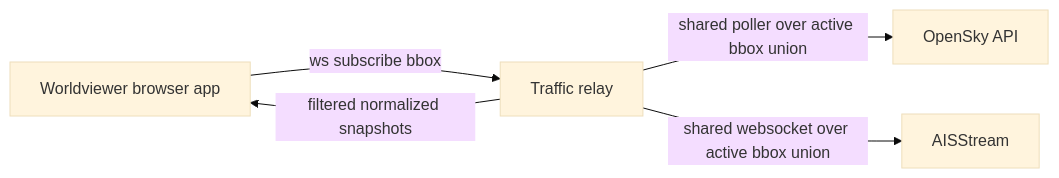
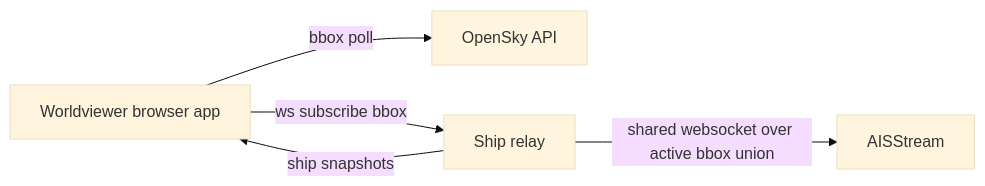
The diagram in worldviewer/wrk_docs/2026.03.11 - HLD - live traffic overlays.md (0x4D44/mdgpt54), drawn with Mermaid (base theme) before and after one commit. The commit also changed other lines of this file and 22 other files, not shown here.

````diff
--- a/worldviewer/wrk_docs/2026.03.11 - HLD - live traffic overlays.md
+++ b/worldviewer/wrk_docs/2026.03.11 - HLD - live traffic overlays.md
@@ -59,7 +60,7 @@
 ```mermaid
 flowchart LR
-    Browser["Worldviewer browser app"] -->|ws subscribe bbox| Relay["Traffic relay"]
-    Relay -->|shared poller over active bbox union| OpenSky["OpenSky API"]
+    Browser["Worldviewer browser app"] -->|bbox poll| OpenSky["OpenSky API"]
+    Browser -->|ws subscribe bbox| Relay["Ship relay"]
     Relay -->|shared websocket over active bbox union| AIS["AISStream"]
-    Relay -->|filtered normalized snapshots| Browser
+    Relay -->|ship snapshots| Browser
 ```
````
